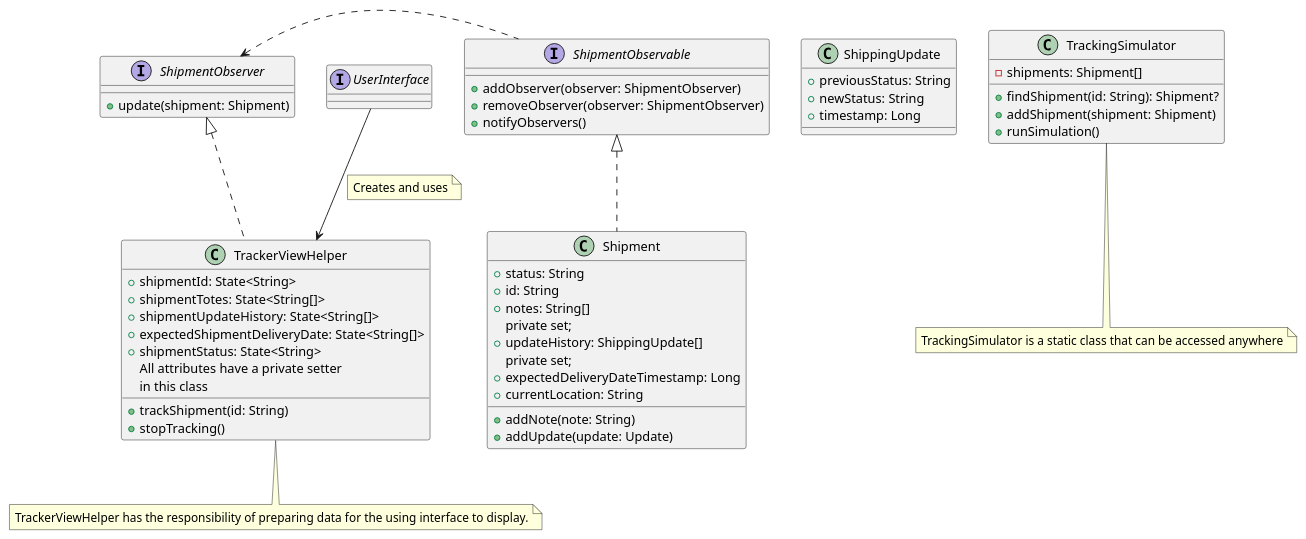
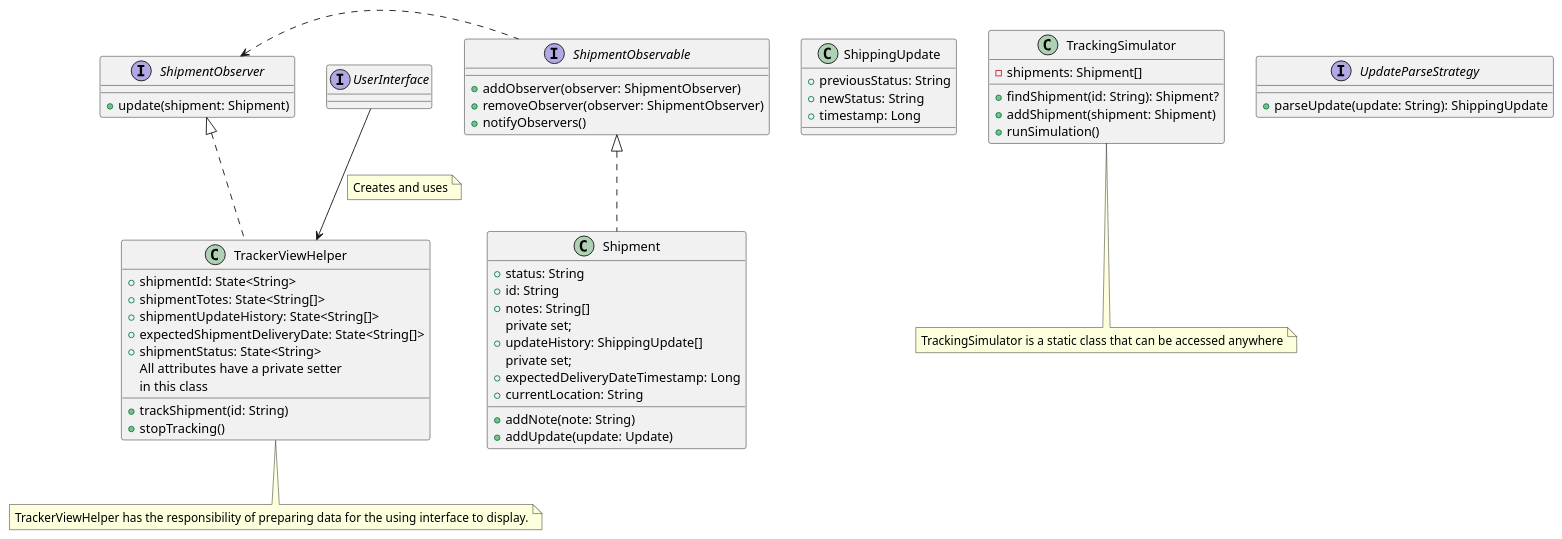
The diagram in diagrams/src/shipment-tracker.plantuml (quality-liquid/cs5700-assn2-shipment-tracker), drawn with PlantUML before and after one commit. The commit also changed 1 other file, not shown here.

Commit message:
updated uml and added test data

```diff
--- a/diagrams/src/shipment-tracker.plantuml
+++ b/diagrams/src/shipment-tracker.plantuml
@@ -1,66 +1,71 @@
 @startuml "Shipment Tracker"
 
 interface UserInterface
 
 class TrackerViewHelper {
     + shipmentId: State<String>
     + shipmentTotes: State<String[]>
     + shipmentUpdateHistory: State<String[]>
     + expectedShipmentDeliveryDate: State<String[]>
     + shipmentStatus: State<String>
     All attributes have a private setter
     in this class
 
     + trackShipment(id: String)
     + stopTracking()
 }
 
 interface ShipmentObserver {
     + update(shipment: Shipment)
 }
 
 interface ShipmentObservable {
     + addObserver(observer: ShipmentObserver)
     + removeObserver(observer: ShipmentObserver)
     + notifyObservers()
 }
     
 note "TrackerViewHelper has the responsibility of preparing data for the using interface to display." as viewHelperNote
 
 class ShippingUpdate {
     + previousStatus: String
     + newStatus: String
     + timestamp: Long
 }
 
 class Shipment {
     +status: String
     +id: String
     +notes: String[]
     private set;
     +updateHistory: ShippingUpdate[]
     private set;
     +expectedDeliveryDateTimestamp: Long
     +currentLocation: String
     +addNote(note: String)
     +addUpdate(update: Update)
 }
 
 class TrackingSimulator {
     - shipments: Shipment[]
     + findShipment(id: String): Shipment?
     + addShipment(shipment: Shipment)
     + runSimulation()
 }
 
 note "TrackingSimulator is a static class that can be accessed anywhere" as tsimnote
 
+interface UpdateParseStrategy {
+    + parseUpdate(update: String): ShippingUpdate
+
+}
+
 TrackerViewHelper .u.|> ShipmentObserver
 ShipmentObservable .l.> ShipmentObserver
 Shipment .u.|> ShipmentObservable
 UserInterface --> TrackerViewHelper
 note on link: Creates and uses
 TrackerViewHelper -- viewHelperNote
 TrackingSimulator -- tsimnote
 
 @enduml
```
